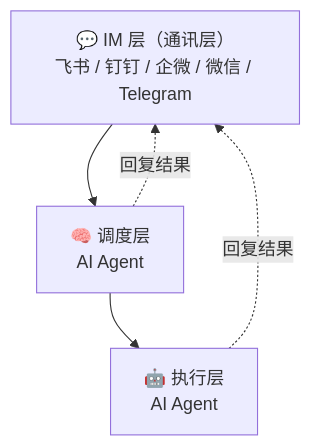
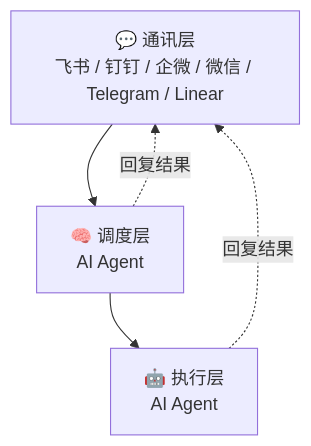
The diagram in README.zh.md (theopenbee/openbee), drawn with Mermaid before and after one commit. The commit also changed other lines of this file and 1 other file, not shown here.

Commit message:
docs(readme): add Linear support

````diff
--- a/README.zh.md
+++ b/README.zh.md
@@ -123,7 +135,7 @@
 ```mermaid
 graph TD
-    A["💬 IM 层（通讯层）\n飞书 / 钉钉 / 企微 / 微信 / Telegram"] --> B["🧠 调度层\nAI Agent"]
+    A["💬 通讯层\n飞书 / 钉钉 / 企微 / 微信 / Telegram / Linear"] --> B["🧠 调度层\nAI Agent"]
     B --> C["🤖 执行层\nAI Agent"]
     C -. "回复结果" .-> A
     B -. "回复结果" .-> A
 ```
````
